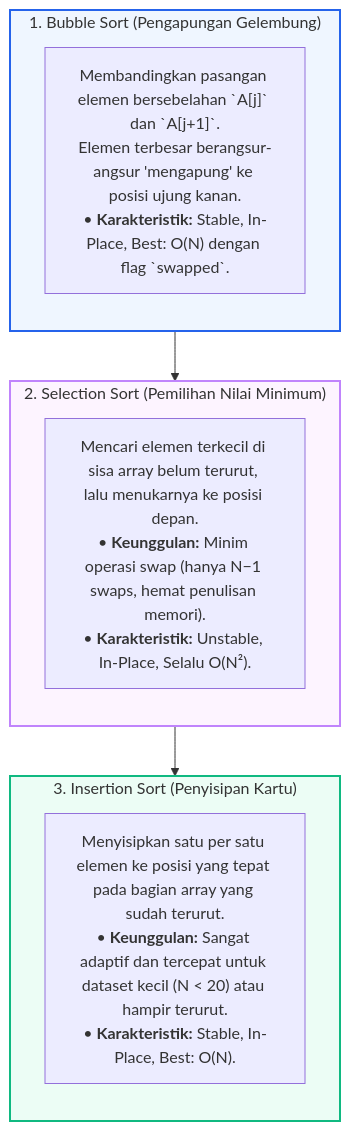
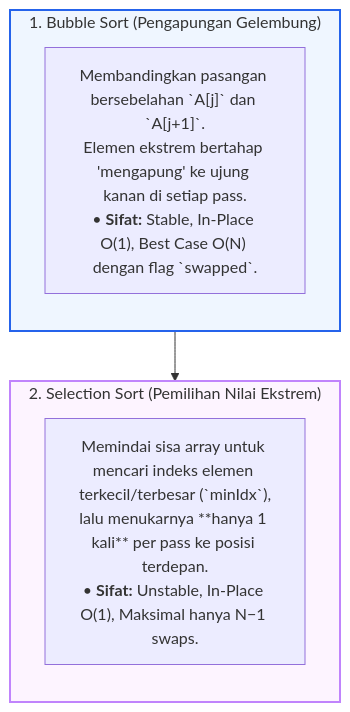
One commit to mahendaruui/Perkuliahan changed the second of 2 diagrams in docs/algoritma-pemrograman/algoritma-pengurutan.md. Above: the diagram before and after it, drawn with Mermaid. The commit also changed other lines of this file and 39 other files, not shown here.

Commit message:
hapus slide dan asset pada prensetansi algoritma dan pemrograman

````diff
--- a/docs/algoritma-pemrograman/algoritma-pengurutan.md
+++ b/docs/algoritma-pemrograman/algoritma-pengurutan.md
@@ -39,23 +48,17 @@
 ```mermaid
 flowchart TD
     subgraph Bubble["1. Bubble Sort (Pengapungan Gelembung)"]
         direction TB
-        B1["Membandingkan pasangan elemen bersebelahan `A[j]` dan `A[j+1]`.<br>Elemen terbesar berangsur-angsur 'mengapung' ke posisi ujung kanan.<br>• <b>Karakteristik:</b> Stable, In-Place, Best: O(N) dengan flag `swapped`."]
+        B1["Membandingkan pasangan bersebelahan `A[j]` dan `A[j+1]`.<br>Elemen ekstrem bertahap 'mengapung' ke ujung kanan di setiap pass.<br>• <b>Sifat:</b> Stable, In-Place O(1), Best Case O(N) dengan flag `swapped`."]
     end
 
-    subgraph Selection["2. Selection Sort (Pemilihan Nilai Minimum)"]
+    subgraph Selection["2. Selection Sort (Pemilihan Nilai Ekstrem)"]
         direction TB
-        S1["Mencari elemen terkecil di sisa array belum terurut, lalu menukarnya ke posisi depan.<br>• <b>Keunggulan:</b> Minim operasi swap (hanya N−1 swaps, hemat penulisan memori).<br>• <b>Karakteristik:</b> Unstable, In-Place, Selalu O(N²)."]
+        S1["Memindai sisa array untuk mencari indeks elemen terkecil/terbesar (`minIdx`),<br>lalu menukarnya **hanya 1 kali** per pass ke posisi terdepan.<br>• <b>Sifat:</b> Unstable, In-Place O(1), Maksimal hanya N−1 swaps."]
     end
 
-    subgraph Insertion["3. Insertion Sort (Penyisipan Kartu)"]
-        direction TB
-        I1["Menyisipkan satu per satu elemen ke posisi yang tepat pada bagian array yang sudah terurut.<br>• <b>Keunggulan:</b> Sangat adaptif dan tercepat untuk dataset kecil (N < 20) atau hampir terurut.<br>• <b>Karakteristik:</b> Stable, In-Place, Best: O(N)."]
-    end
-
-    Bubble --> Selection --> Insertion
+    Bubble --> Selection
 
     style Bubble fill:#eff6ff,stroke:#2563eb,stroke-width:2px
     style Selection fill:#fdf4ff,stroke:#c084fc,stroke-width:2px
-    style Insertion fill:#ecfdf5,stroke:#10b981,stroke-width:2px
 ```
````
